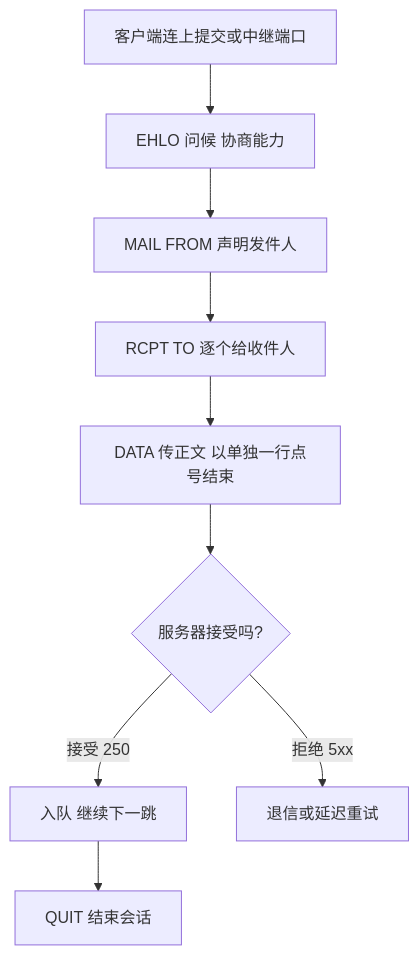
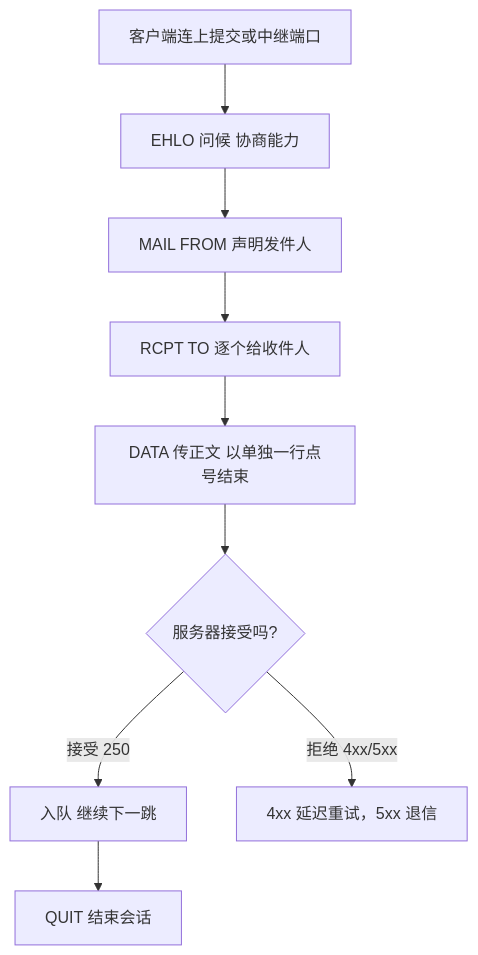
Before and after one commit to xhongduo-tech/xhongduo-tech.github.io: the second of 2 diagrams in docs/cs/smtp-imap.md, drawn with Mermaid. The commit also changed 1 other file, not shown here.

Commit message:
Content review cs-304: the SMTP diagram splits its rejection branch so temporary failures retry while permanent ones bounce, and the BitTorrent epigraph cites the BEP that actually specifies the DHT instead of an RFC that turned out to document EDHOC traces.

````diff
--- a/docs/cs/smtp-imap.md
+++ b/docs/cs/smtp-imap.md
@@ -48,11 +48,11 @@
 ```mermaid
 flowchart TD
   G["客户端连上提交或中继端口"] --> EH["EHLO 问候 协商能力"]
   EH --> MF["MAIL FROM 声明发件人"]
   MF --> RT["RCPT TO 逐个给收件人"]
   RT --> DA["DATA 传正文 以单独一行点号结束"]
   DA --> Q{"服务器接受吗?"}
   Q -- "接受 250" --> MO["入队 继续下一跳"]
-  Q -- "拒绝 5xx" --> RP["退信或延迟重试"]
+  Q -- "拒绝 4xx/5xx" --> RP["4xx 延迟重试，5xx 退信"]
   MO --> QU["QUIT 结束会话"]
 ```
````
